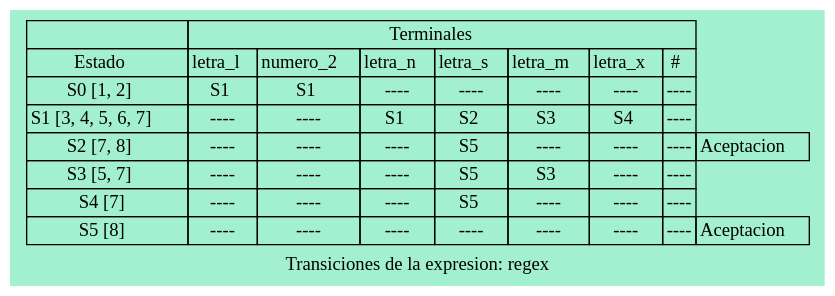
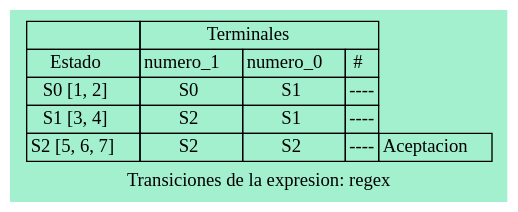
One commit to walterjav19/OLC1_202111718_Proyecto1 changed the diagram in src/main/java/Graphviz/Transicion_regex.dot. Above: the diagram before and after it, drawn with Graphviz. The commit also changed 32 other files, not shown here.

```diff
--- a/src/main/java/Graphviz/Transicion_regex.dot
+++ b/src/main/java/Graphviz/Transicion_regex.dot
@@ -1,44 +1,31 @@
 digraph Transiciones{
     rankdir=LR;
     bgcolor = "#A3F0CF"
     node [shape=plaintext];
     edge [arrowhead=empty];
     
     // Encabezado de la tabla
     header [label=
     <
         <table border="0" cellborder="1" cellspacing="0">
             <tr>
                 <td></td>
-                <td colspan="7">Terminales</td>
+                <td colspan="3">Terminales</td>
             </tr>
             <tr>
-                <td>Estado</td><td>letra_l</td>
-<td>numero_2</td>
-<td>letra_n</td>
-<td>letra_s</td>
-<td>letra_m</td>
-<td>letra_x</td>
+                <td>Estado</td><td>numero_1</td>
+<td>numero_0</td>
 <td>#</td>
 </tr>
 <tr>
                 <td>S0 [1, 2]</td>
-<td>S1</td><td>S1</td><td>----</td><td>----</td><td>----</td><td>----</td><td>----</td></tr>
+<td>S0</td><td>S1</td><td>----</td></tr>
 <tr>
-                <td>S1 [3, 4, 5, 6, 7]</td>
-<td>----</td><td>----</td><td>S1</td><td>S2</td><td>S3</td><td>S4</td><td>----</td></tr>
+                <td>S1 [3, 4]</td>
+<td>S2</td><td>S1</td><td>----</td></tr>
 <tr>
-                <td>S2 [7, 8]</td>
-<td>----</td><td>----</td><td>----</td><td>S5</td><td>----</td><td>----</td><td>----</td><td>Aceptacion</td></tr>
-<tr>
-                <td>S3 [5, 7]</td>
-<td>----</td><td>----</td><td>----</td><td>S5</td><td>S3</td><td>----</td><td>----</td></tr>
-<tr>
-                <td>S4 [7]</td>
-<td>----</td><td>----</td><td>----</td><td>S5</td><td>----</td><td>----</td><td>----</td></tr>
-<tr>
-                <td>S5 [8]</td>
-<td>----</td><td>----</td><td>----</td><td>----</td><td>----</td><td>----</td><td>----</td><td>Aceptacion</td></tr>
+                <td>S2 [5, 6, 7]</td>
+<td>S2</td><td>S2</td><td>----</td><td>Aceptacion</td></tr>
         </table>
     >];
 label="Transiciones de la expresion: regex"}
```
